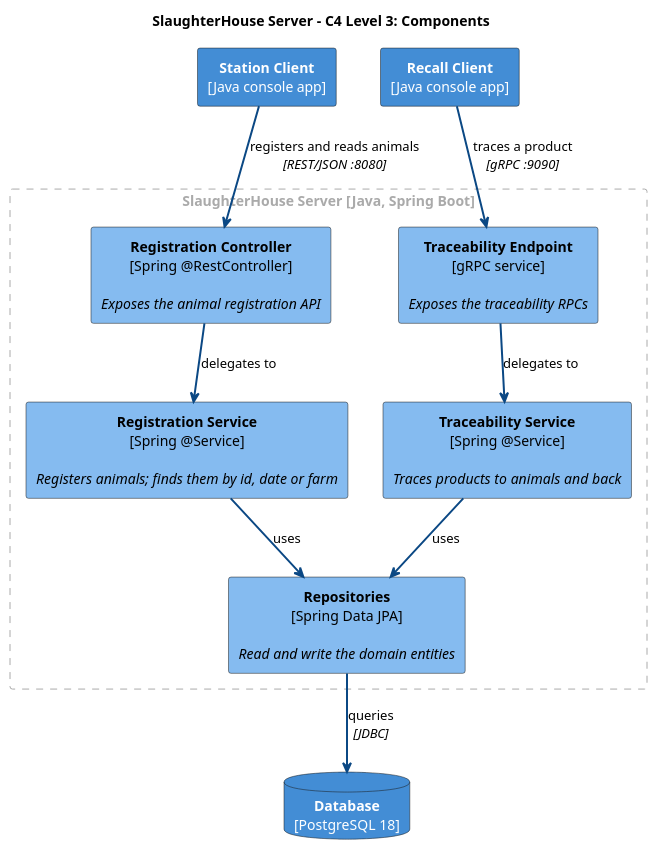
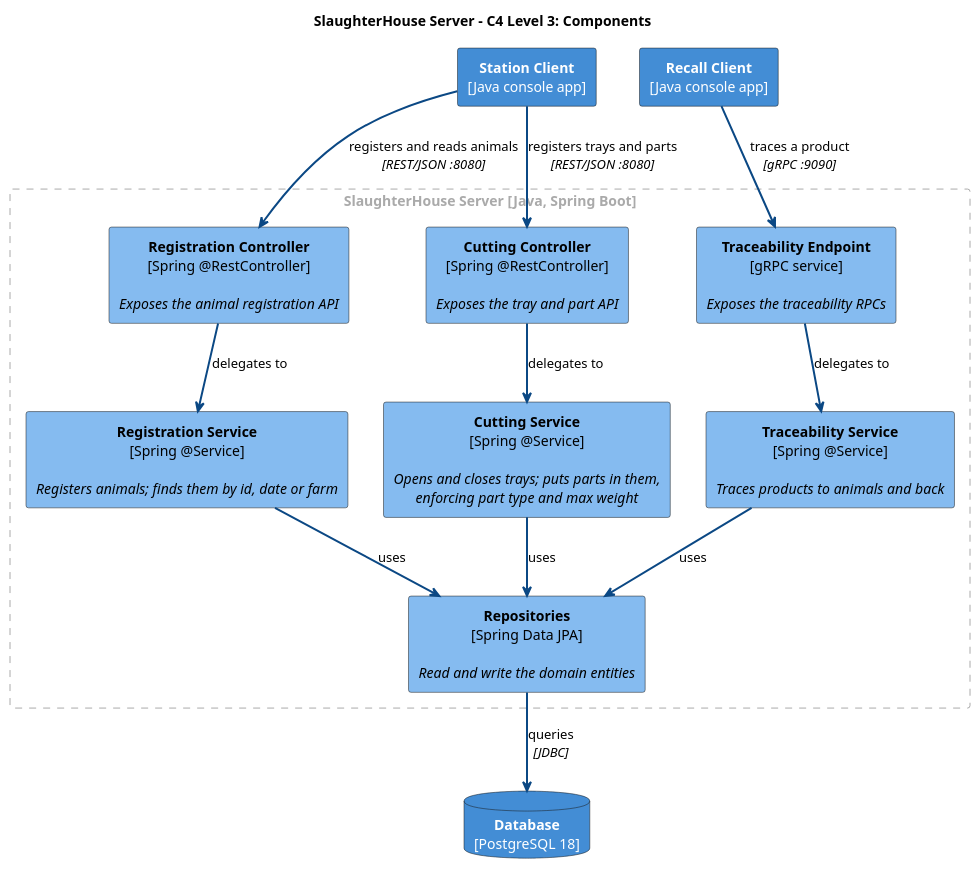
Before and after one commit to ahausgaard/DSY: the diagram in SlaughterHouse/docs/componentDiagram.puml, drawn with PlantUML. The commit also changed 35 other files, not shown here.

```diff
--- a/SlaughterHouse/docs/componentDiagram.puml
+++ b/SlaughterHouse/docs/componentDiagram.puml
@@ -1,55 +1,62 @@
 @startuml c4-l3-component
 title SlaughterHouse Server - C4 Level 3: Components
 
 hide stereotype
 skinparam shadowing false
 skinparam defaultTextAlignment center
 skinparam rectangle<<container>> {
   BackgroundColor #438DD5
   FontColor #FFFFFF
 }
 skinparam database<<container>> {
   BackgroundColor #438DD5
   FontColor #FFFFFF
 }
 skinparam rectangle<<component>> {
   BackgroundColor #85BBF0
   FontColor #000000
 }
 skinparam rectangle<<boundary>> {
   BackgroundColor transparent
   BorderColor #AAAAAA
   BorderStyle dashed
   FontColor #AAAAAA
 }
 
 rectangle "**Station Client**\n[Java console app]" <<container>> as stationClient
 rectangle "**Recall Client**\n[Java console app]" <<container>> as recallClient
 
 rectangle "SlaughterHouse Server [Java, Spring Boot]" <<boundary>> {
 
   rectangle "**Registration Controller**\n[Spring @RestController]\n\n//Exposes the animal registration API//" <<component>> as controller
 
+  rectangle "**Cutting Controller**\n[Spring @RestController]\n\n//Exposes the tray and part API//" <<component>> as cuttingController
+
   rectangle "**Traceability Endpoint**\n[gRPC service]\n\n//Exposes the traceability RPCs//" <<component>> as endpoint
 
   rectangle "**Registration Service**\n[Spring @Service]\n\n//Registers animals; finds them by id, date or farm//" <<component>> as regService
+
+  rectangle "**Cutting Service**\n[Spring @Service]\n\n//Opens and closes trays; puts parts in them,//\n//enforcing part type and max weight//" <<component>> as cuttingService
 
   rectangle "**Traceability Service**\n[Spring @Service]\n\n//Traces products to animals and back//" <<component>> as traceService
 
   rectangle "**Repositories**\n[Spring Data JPA]\n\n//Read and write the domain entities//" <<component>> as repos
 }
 
 database "**Database**\n[PostgreSQL 18]" <<container>> as db
 
 ' Keep the two flows side by side
 stationClient -[hidden]right- recallClient
 
 stationClient -[#0B4884,bold]down-> controller   : registers and reads animals\n//[REST/JSON :8080]//
+stationClient -[#0B4884,bold]down-> cuttingController : registers trays and parts\n//[REST/JSON :8080]//
 recallClient  -[#0B4884,bold]down-> endpoint     : traces a product\n//[gRPC :9090]//
 controller    -[#0B4884,bold]down-> regService   : delegates to
+cuttingController -[#0B4884,bold]down-> cuttingService : delegates to
 endpoint      -[#0B4884,bold]down-> traceService : delegates to
 regService    -[#0B4884,bold]down-> repos        : uses
+cuttingService -[#0B4884,bold]down-> repos       : uses
 traceService  -[#0B4884,bold]down-> repos        : uses
 repos         -[#0B4884,bold]down-> db           : queries\n//[JDBC]//
 
 @enduml
```
